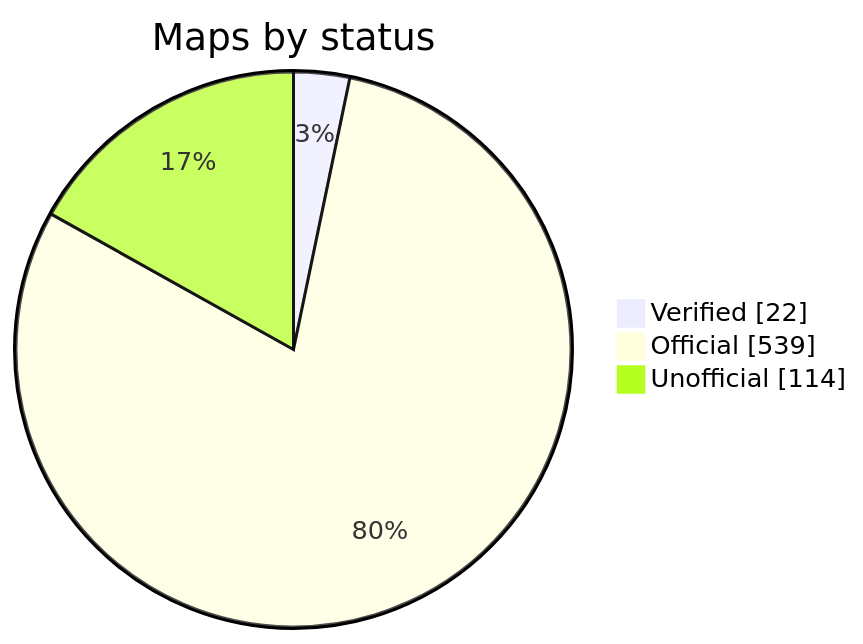
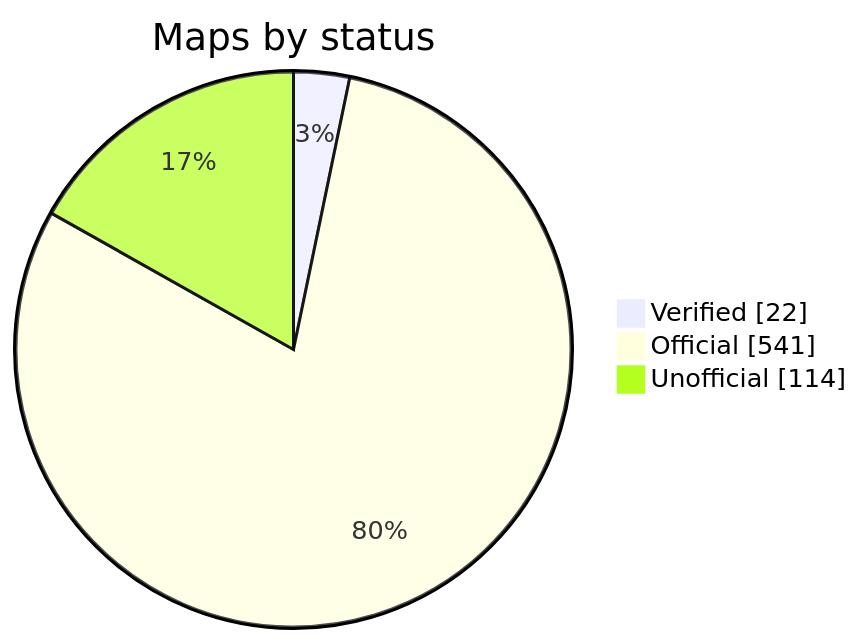
The diagram in README.md (nobrega8/mbmap-library), drawn with Mermaid before and after one commit. The commit also changed 7 other files, not shown here.

````diff
--- a/README.md
+++ b/README.md
@@ -52,7 +52,7 @@
 ```mermaid
 pie showData
     title Maps by status
     "Verified" : 22
-    "Official" : 539
+    "Official" : 541
     "Unofficial" : 114
 ```
````
